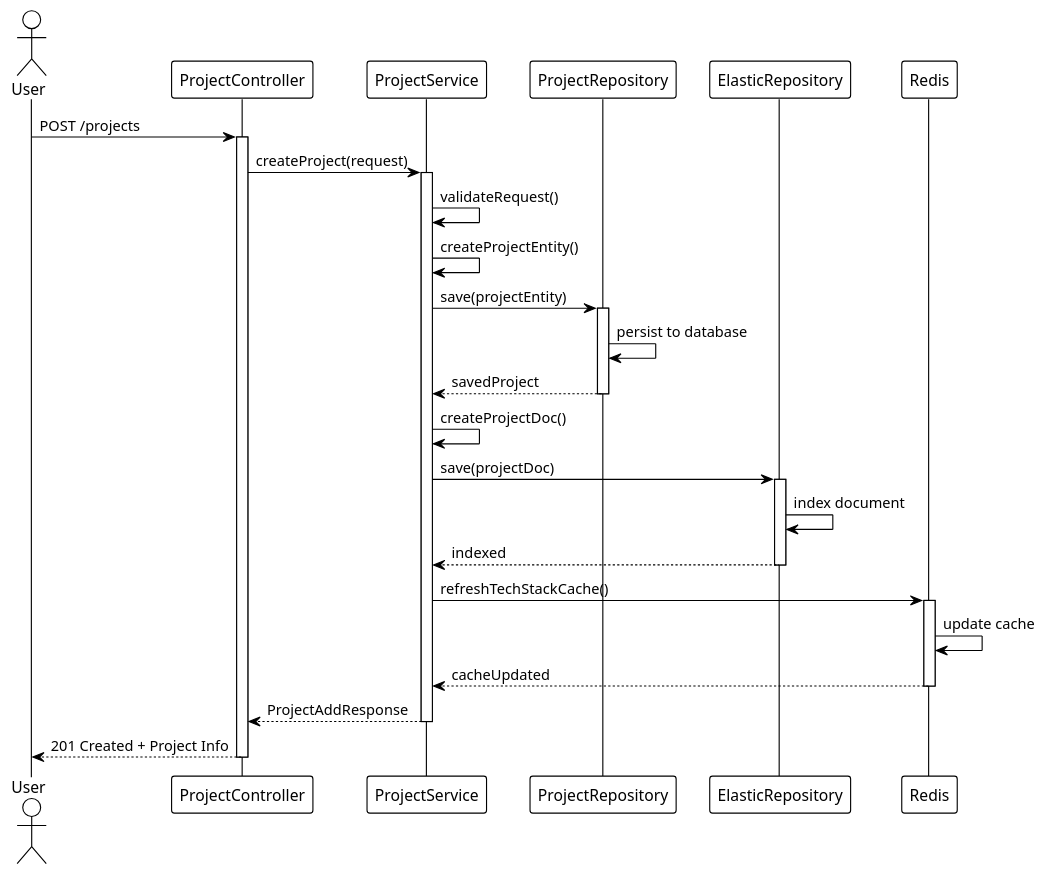
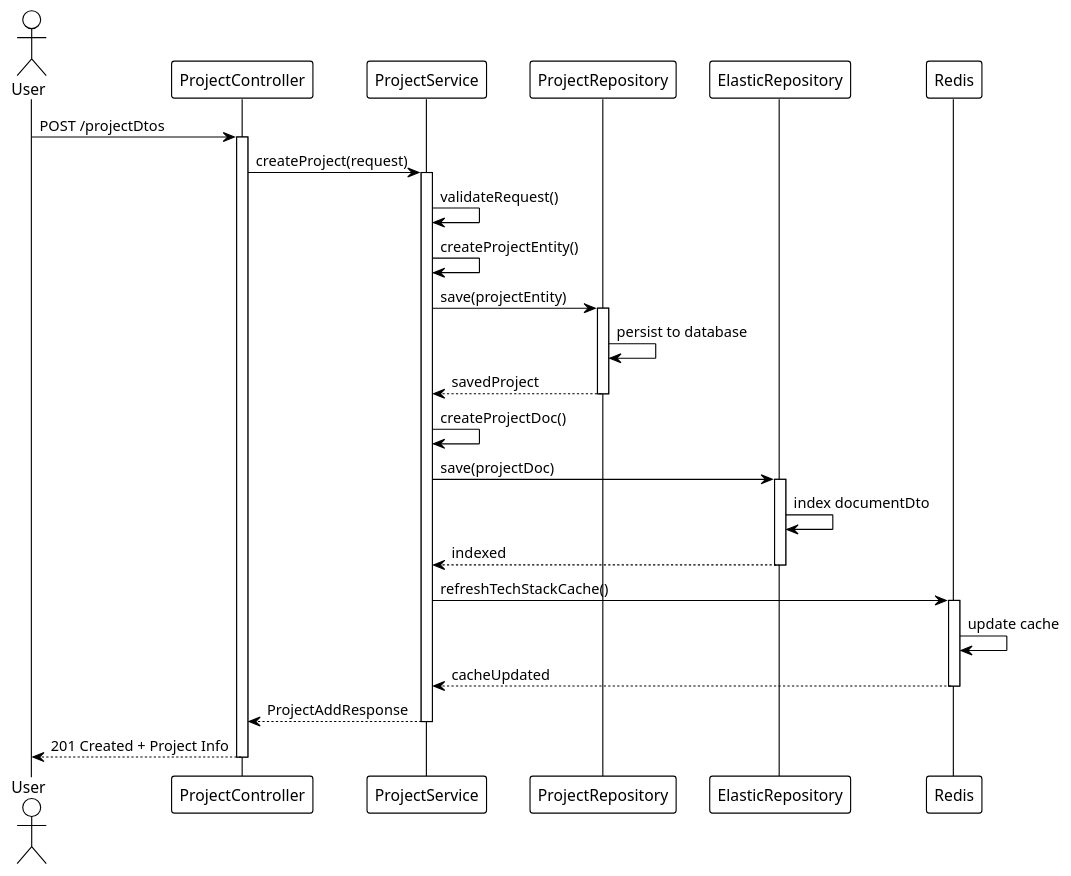
The diagram in docs/project-creation-sequence.puml (TBorNTB/project-service), drawn with PlantUML before and after one commit. The commit also changed other lines of this file and 8 other files, not shown here.

```diff
--- a/docs/project-creation-sequence.puml
+++ b/docs/project-creation-sequence.puml
@@ -1,46 +1,46 @@
-@startuml project-creation-sequence
+@startuml projectDto-creation-sequence
 !theme plain
 skinparam backgroundColor #FFFFFF
 
 actor User
 participant "ProjectController" as Controller
 participant "ProjectService" as Service
 participant "ProjectRepository" as Repository
 participant "ElasticRepository" as Elastic
 participant "Redis" as Cache
 
-User -> Controller: POST /projects
+User -> Controller: POST /projectDtos
 activate Controller
 
 Controller -> Service: createProject(request)
 activate Service
 
 Service -> Service: validateRequest()
 Service -> Service: createProjectEntity()
 
 Service -> Repository: save(projectEntity)
 activate Repository
 Repository -> Repository: persist to database
 Repository --> Service: savedProject
 deactivate Repository
 
 Service -> Service: createProjectDoc()
 Service -> Elastic: save(projectDoc)
 activate Elastic
-Elastic -> Elastic: index document
+Elastic -> Elastic: index documentDto
 Elastic --> Service: indexed
 deactivate Elastic
 
 Service -> Cache: refreshTechStackCache()
 activate Cache
 Cache -> Cache: update cache
 Cache --> Service: cacheUpdated
 deactivate Cache
 
 Service --> Controller: ProjectAddResponse
 deactivate Service
 
 Controller --> User: 201 Created + Project Info
 deactivate Controller
 
 @enduml
```
